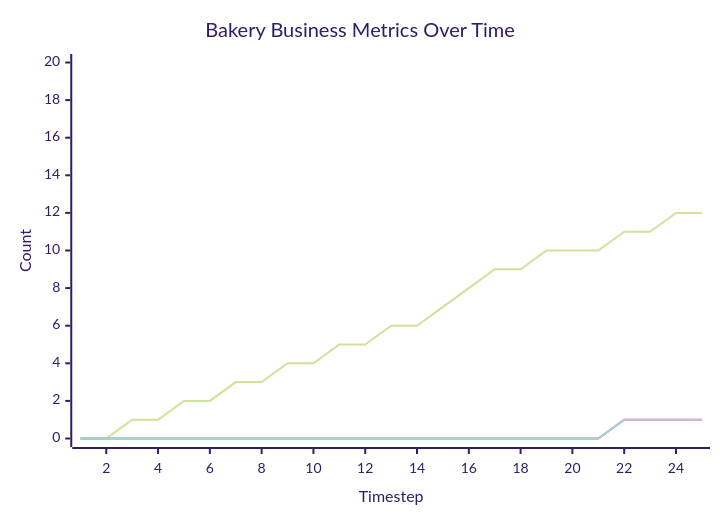
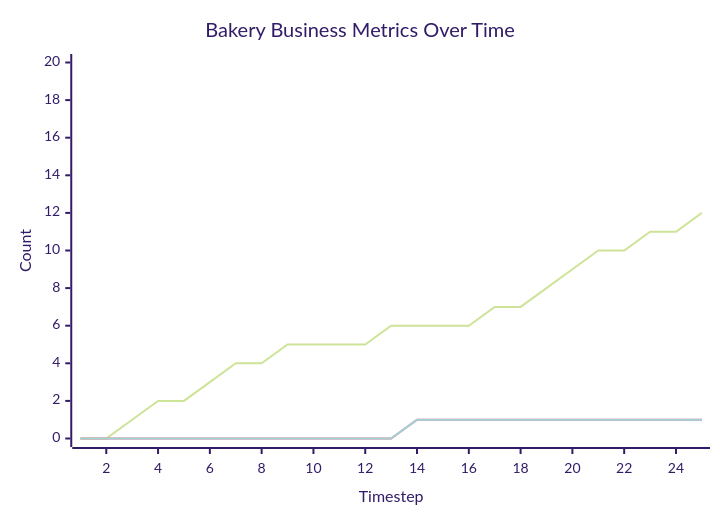
The third of 3 diagrams in z3/run.md (rfielding/ctl), drawn with Mermaid (forest theme) before and after one commit. The commit also changed other lines of this file and 1 other file, not shown here.

````diff
--- a/z3/run.md
+++ b/z3/run.md
@@ -443,9 +439,9 @@
 ```mermaid
 xychart-beta
     title "Bakery Business Metrics Over Time"
     x-axis "Timestep" 1 --> 25
     y-axis "Count" 0 --> 20
-    line "Breads Baked" [0,0,1,1,2,2,3,3,4,4,5,5,6,6,7,8,9,9,10,10,10,11,11,12,12]
-    line "Items Sold" [0,0,0,0,0,0,0,0,0,0,0,0,0,0,0,0,0,0,0,0,0,1,1,1,1]
-    line "Revenue ($10s)" [0,0,0,0,0,0,0,0,0,0,0,0,0,0,0,0,0,0,0,0,0,1,1,1,1]
+    line "Breads Baked" [0,0,1,2,2,3,4,4,5,5,5,5,6,6,6,6,7,7,8,9,10,10,11,11,12]
+    line "Items Sold" [0,0,0,0,0,0,0,0,0,0,0,0,0,1,1,1,1,1,1,1,1,1,1,1,1]
+    line "Revenue ($10s)" [0,0,0,0,0,0,0,0,0,0,0,0,0,1,1,1,1,1,1,1,1,1,1,1,1]
 ```
````
